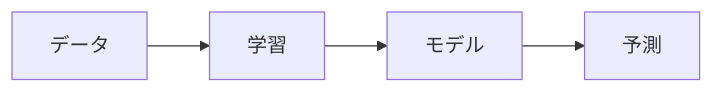
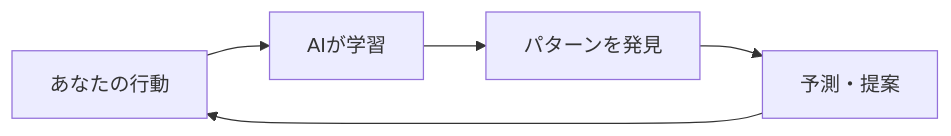
Before and after one commit to cyber-freaks-jp/AI_Driven_Development_Course: the first of 3 diagrams in book/pages/そもそもAIって何？.md, drawn with Mermaid. The commit also changed other lines of this file and 4 other files, not shown here.

````diff
--- a/book/pages/そもそもAIって何？.md
+++ b/book/pages/そもそもAIって何？.md
@@ -61,6 +19,7 @@
 ```mermaid
 graph LR
-    A[データ] --> B[学習]
-    B --> C[モデル]
-    C --> D[予測]
+    A[あなたの行動] --> B[AIが学習]
+    B --> C[パターンを発見]
+    C --> D[予測・提案]
+    D --> A
 ```
````
